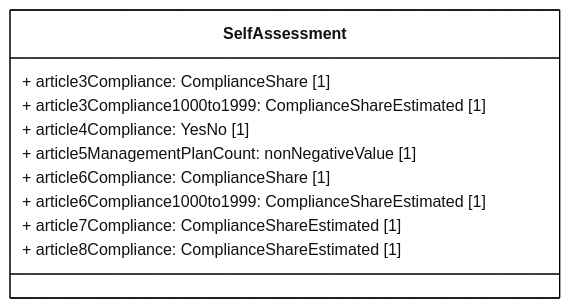
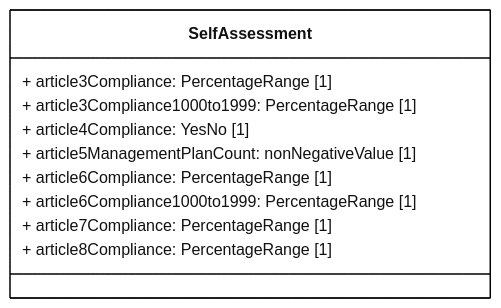
Before and after one commit to eeadata/WISE.UWWTD.Documentation: the diagram in docs/rUWWTD2024/Article23/mmd/Article23_SelfAssessment_ClassDiagram.mmd, drawn with Mermaid. The commit also changed 37 other files, not shown here.

First line of the commit message:
Article 23 0.2.0: compliance shares as percentage ranges, and a cost for every measure

```diff
--- a/docs/rUWWTD2024/Article23/mmd/Article23_SelfAssessment_ClassDiagram.mmd
+++ b/docs/rUWWTD2024/Article23/mmd/Article23_SelfAssessment_ClassDiagram.mmd
@@ -1,23 +1,23 @@
 ---
 config:
   class:
     hideEmptyMembersBox: true
   layout: dagre
   theme: neutral
 ---
 classDiagram
 direction LR
 
 class SelfAssessment{
-    + article3Compliance: ComplianceShare [1]
-    + article3Compliance1000to1999: ComplianceShareEstimated [1]
+    + article3Compliance: PercentageRange [1]
+    + article3Compliance1000to1999: PercentageRange [1]
     + article4Compliance: YesNo [1]
     + article5ManagementPlanCount: nonNegativeValue [1]
-    + article6Compliance: ComplianceShare [1]
-    + article6Compliance1000to1999: ComplianceShareEstimated [1]
-    + article7Compliance: ComplianceShareEstimated [1]
-    + article8Compliance: ComplianceShareEstimated [1]
+    + article6Compliance: PercentageRange [1]
+    + article6Compliance1000to1999: PercentageRange [1]
+    + article7Compliance: PercentageRange [1]
+    + article8Compliance: PercentageRange [1]
 }
 
 classDef default fill:white,stroke:#000;
 classDef forFixing fill:white,stroke:#f00;
```
